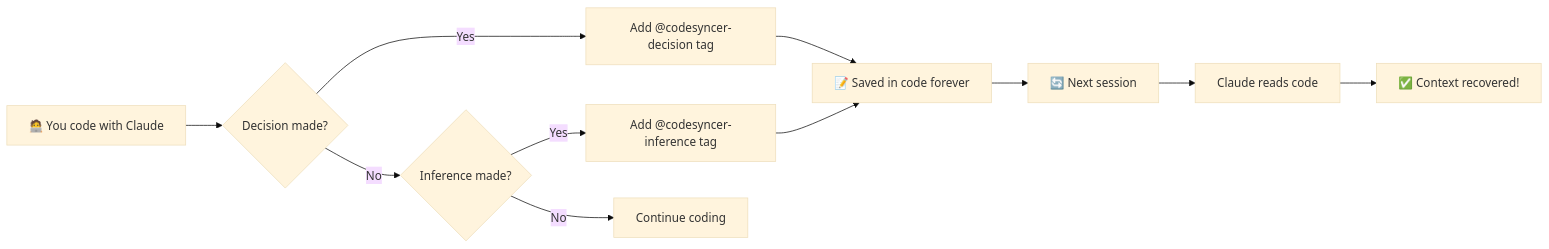
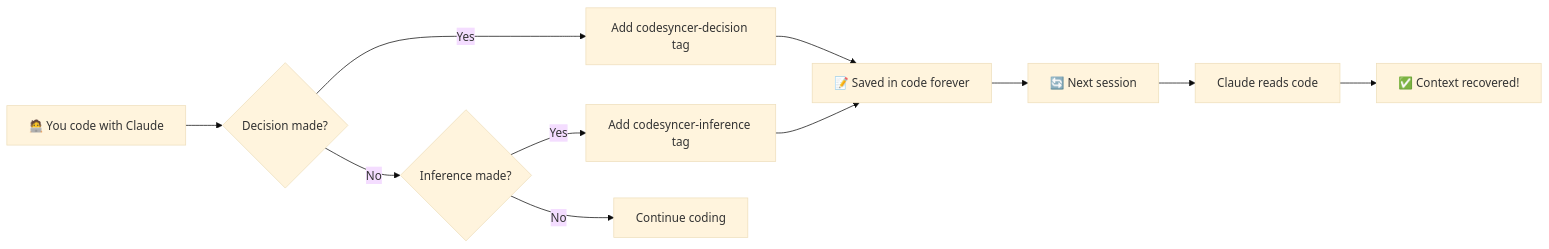
Before and after one commit to bitjaru/codesyncer: the diagram in README.md, drawn with Mermaid (base theme). The commit also changed 1 other file, not shown here.

Commit message:
fix: Mermaid diagram syntax error in README files
- Escape @ symbol in flowchart node labels
- Add double quotes around all node labels for safety

````diff
--- a/README.md
+++ b/README.md
@@ -37,13 +37,13 @@
 ```mermaid
 flowchart LR
-    A[🧑‍💻 You code with Claude] --> B{Decision made?}
-    B -->|Yes| C[Add @codesyncer-decision tag]
-    B -->|No| D{Inference made?}
-    D -->|Yes| E[Add @codesyncer-inference tag]
-    D -->|No| F[Continue coding]
-    C --> G[📝 Saved in code forever]
+    A["🧑‍💻 You code with Claude"] --> B{"Decision made?"}
+    B -->|Yes| C["Add codesyncer-decision tag"]
+    B -->|No| D{"Inference made?"}
+    D -->|Yes| E["Add codesyncer-inference tag"]
+    D -->|No| F["Continue coding"]
+    C --> G["📝 Saved in code forever"]
     E --> G
-    G --> H[🔄 Next session]
-    H --> I[Claude reads code]
-    I --> J[✅ Context recovered!]
+    G --> H["🔄 Next session"]
+    H --> I["Claude reads code"]
+    I --> J["✅ Context recovered!"]
 ```
````
